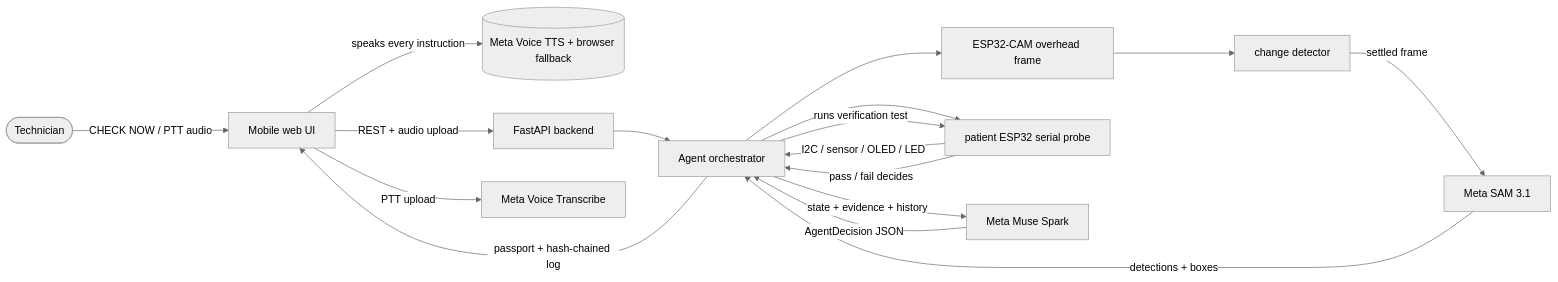
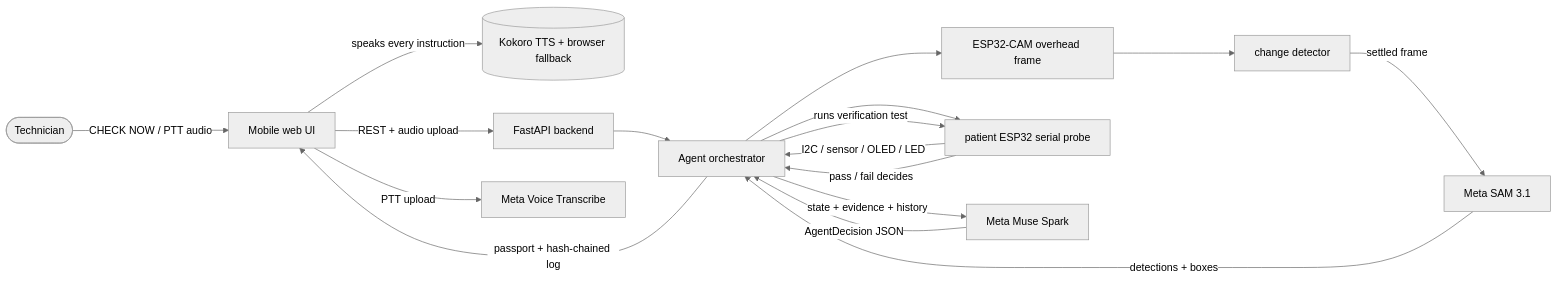
Before and after one commit to Mas-aaron/fundiloop: the diagram in README.md, drawn with Mermaid (neutral theme). The commit also changed other lines of this file and 43 other files, not shown here.

````diff
--- a/README.md
+++ b/README.md
@@ -30,19 +30,19 @@
 ```mermaid
 flowchart LR
     Tech([Technician]) -->|CHECK NOW / PTT audio| UI[Mobile web UI]
-    UI -->|speaks every instruction| TTS[(Meta Voice TTS + browser fallback)]
+    UI -->|speaks every instruction| TTS[(Kokoro TTS + browser fallback)]
     UI -->|REST + audio upload| API[FastAPI backend]
     API --> ORCH[Agent orchestrator]
     ORCH --> CAM[ESP32-CAM overhead frame]
     CAM --> CD[change detector]
     CD -->|settled frame| SAM[Meta SAM 3.1]
     SAM -->|detections + boxes| ORCH
     ORCH --> SER[patient ESP32 serial probe]
     SER -->|I2C / sensor / OLED / LED| ORCH
     ORCH -->|state + evidence + history| Muse[Meta Muse Spark]
     Muse -->|AgentDecision JSON| ORCH
     ORCH -->|runs verification test| SER
     SER -->|pass / fail decides| ORCH
     ORCH -->|passport + hash-chained log| UI
     UI -->|PTT upload| ASR[Meta Voice Transcribe]
 ```
````
